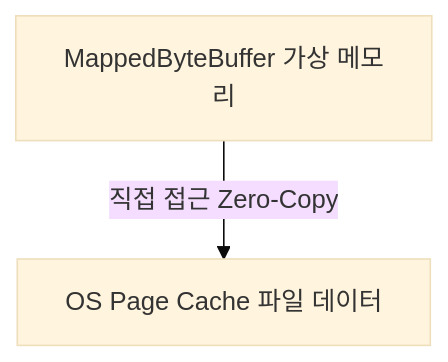
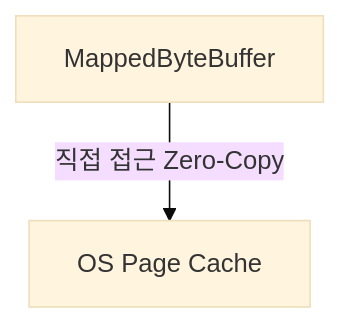
One commit to yjkim2015/yjkim2015.github.io changed the ninth of 11 diagrams in _posts/java/2026-05-01-java-io.md. Above: the diagram before and after it, drawn with Mermaid (base theme). The commit also changed other lines of this file and 48 other files, not shown here.

First line of the commit message:
Mermaid 최종 47건 수정: participant/노드/줄수/라벨 전부 기준 이하

````diff
--- a/_posts/java/2026-05-01-java-io.md
+++ b/_posts/java/2026-05-01-java-io.md
@@ -735,6 +735,6 @@
 ```mermaid
 graph TD
-    MBB["MappedByteBuffer 가상 메모리"]
-    FILE["OS Page Cache 파일 데이터"]
+    MBB["MappedByteBuffer"]
+    FILE["OS Page Cache"]
     MBB -->|"직접 접근 Zero-Copy"| FILE
 ```
````
